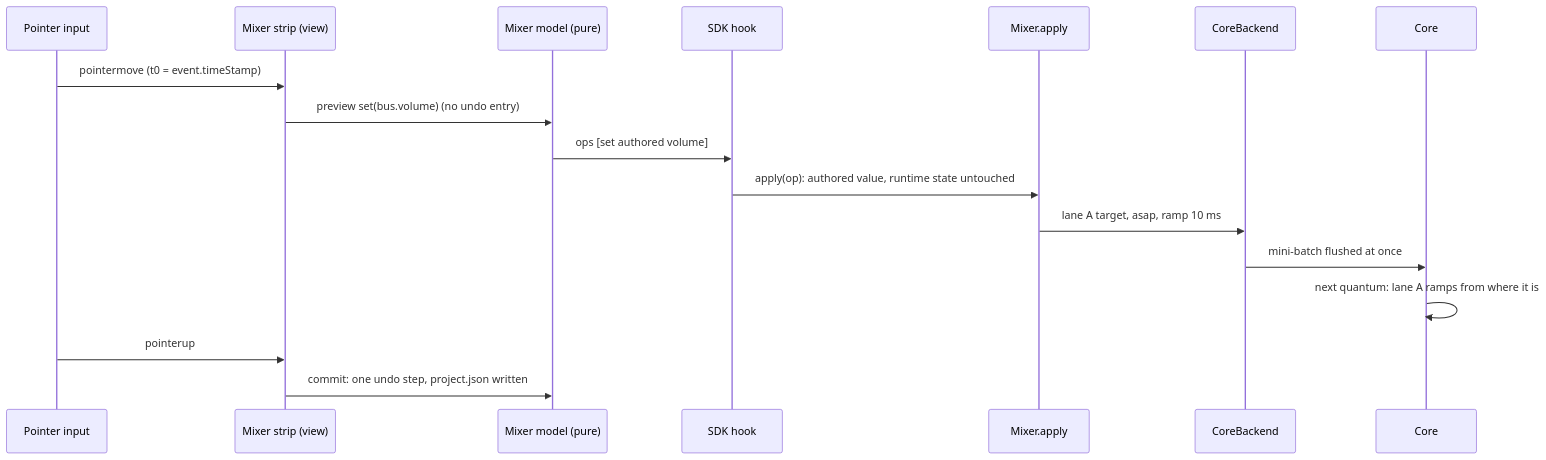
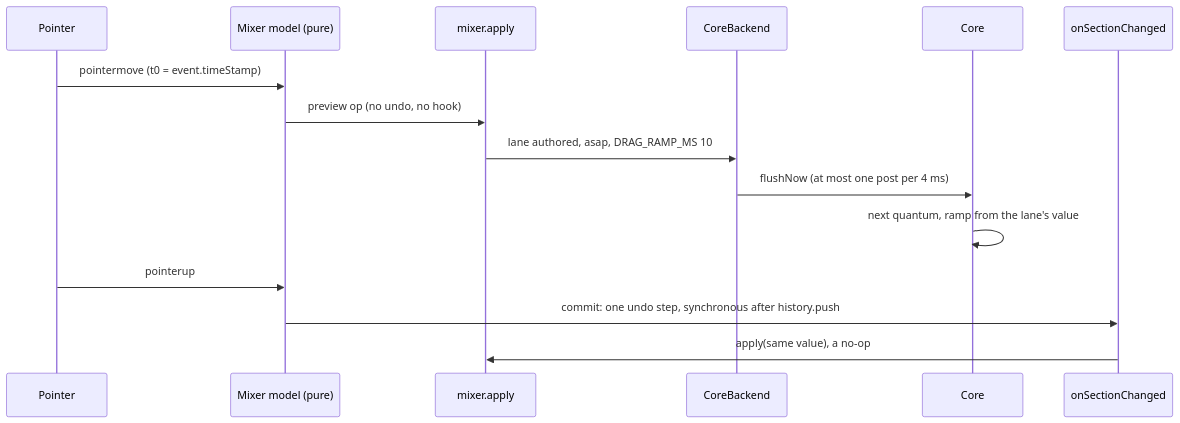
The sixth of 10 diagrams in docs/design/0171-audio-mix/architecture.md (doughtnerd/TranquilityEngine), drawn with Mermaid before and after one commit. The commit also changed other lines of this file and 1 other file, not shown here.

First line of the commit message:
M5 design: architecture and contracts revision 2 (rulings R1-R25, resolutions of the senior's review)

````diff
--- a/docs/design/0171-audio-mix/architecture.md
+++ b/docs/design/0171-audio-mix/architecture.md
@@ -176,19 +189,17 @@
 ```mermaid
 sequenceDiagram
-  participant U as Pointer input
-  participant V as Mixer strip (view)
+  participant U as Pointer
   participant Mo as Mixer model (pure)
-  participant H as SDK hook
-  participant X as Mixer.apply
+  participant X as mixer.apply
   participant B as CoreBackend
   participant K as Core
-  U->>V: pointermove (t0 = event.timeStamp)
-  V->>Mo: preview set(bus.volume) (no undo entry)
-  Mo->>H: ops [set authored volume]
-  H->>X: apply(op): authored value, runtime state untouched
-  X->>B: lane A target, asap, ramp 10 ms
-  B->>K: mini-batch flushed at once
-  K->>K: next quantum: lane A ramps from where it is
-  U->>V: pointerup
-  V->>Mo: commit: one undo step, project.json written
+  participant H as onSectionChanged
+  U->>Mo: pointermove (t0 = event.timeStamp)
+  Mo->>X: preview op (no undo, no hook)
+  X->>B: lane authored, asap, DRAG_RAMP_MS 10
+  B->>K: flushNow (at most one post per 4 ms)
+  K->>K: next quantum, ramp from the lane's value
+  U->>Mo: pointerup
+  Mo->>H: commit: one undo step, synchronous after history.push
+  H->>X: apply(same value), a no-op
 ```
````
